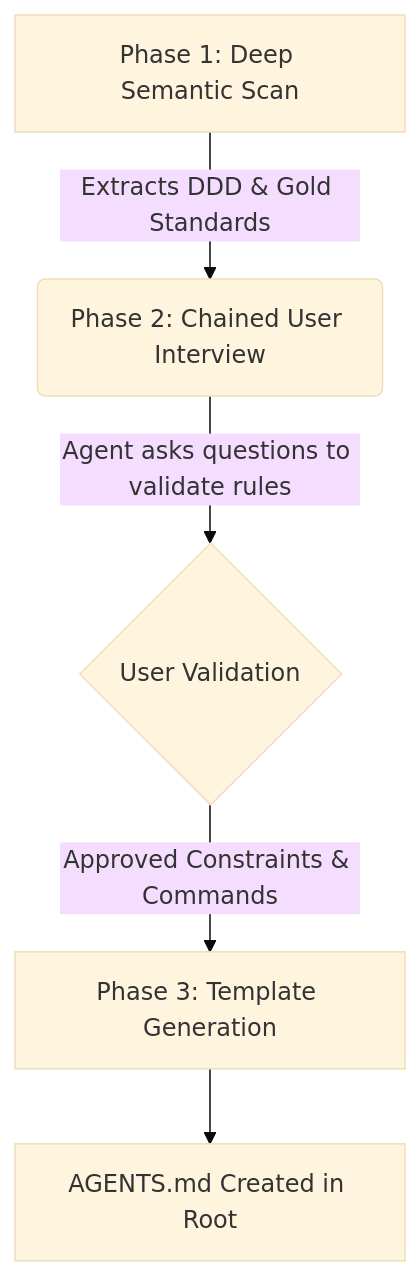
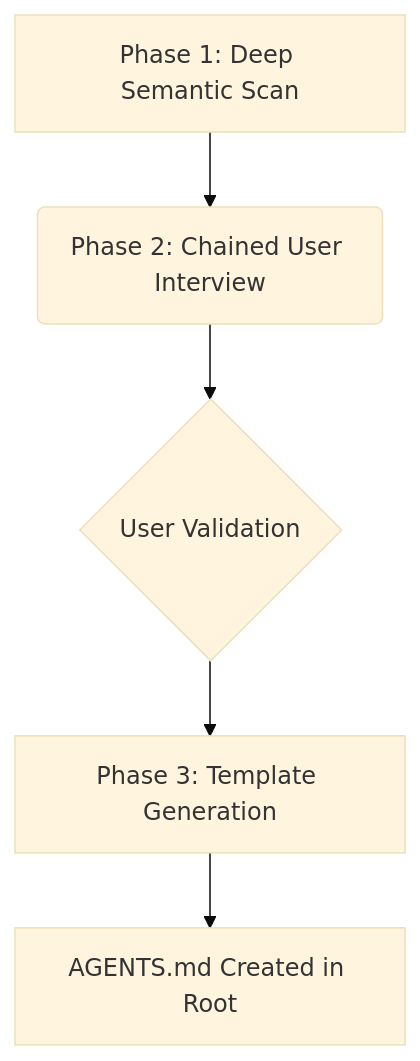
The diagram in skills/lz-create-agentsmd/README.md (lutfi-zain/lz-stacks), drawn with Mermaid (base theme) before and after one commit.

Commit message:
Simplify Mermaid diagram to fix rendering issue

````diff
--- a/skills/lz-create-agentsmd/README.md
+++ b/skills/lz-create-agentsmd/README.md
@@ -24,7 +24,7 @@
 ```mermaid
 graph TD
-    A[Phase 1: Deep Semantic Scan] -->|Extracts DDD & Gold Standards| B(Phase 2: Chained User Interview)
-    B -->|Agent asks questions to validate rules| C{User Validation}
-    C -->|Approved Constraints & Commands| D[Phase 3: Template Generation]
+    A[Phase 1: Deep Semantic Scan] --> B(Phase 2: Chained User Interview)
+    B --> C{User Validation}
+    C --> D[Phase 3: Template Generation]
     D --> E[AGENTS.md Created in Root]
 ```
````
